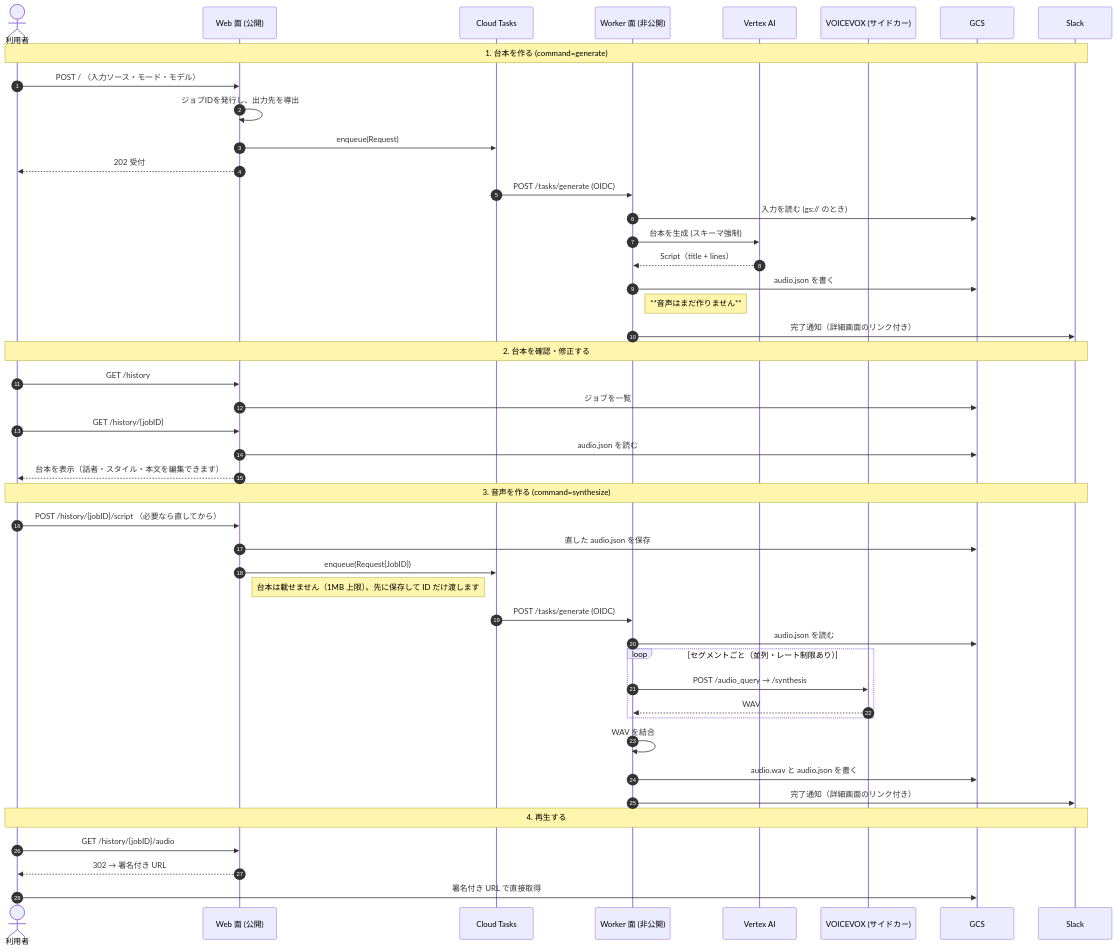
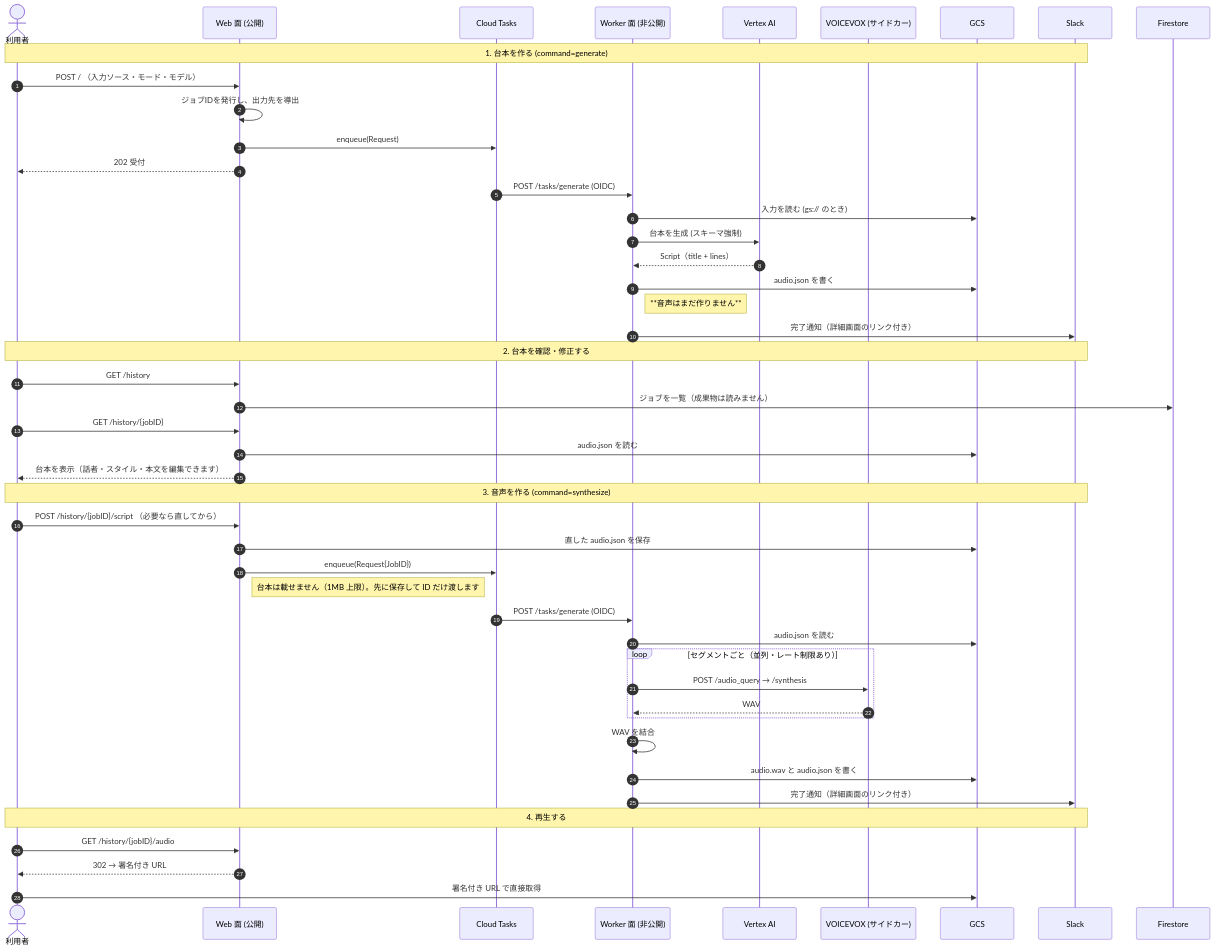
One commit to shouni/ap-voice changed the diagram in README.md. Above: the diagram before and after it, drawn with Mermaid. The commit also changed other lines of this file and 9 other files, not shown here.

````diff
--- a/README.md
+++ b/README.md
@@ -183,52 +183,52 @@
 ```mermaid
 sequenceDiagram
     autonumber
     actor User as 利用者
     participant Web as Web 面 (公開)
     participant Tasks as Cloud Tasks
     participant Worker as Worker 面 (非公開)
     participant Gemini as Vertex AI
     participant Engine as VOICEVOX (サイドカー)
     participant Store as GCS
     participant Slack as Slack
 
     Note over User, Slack: 1. 台本を作る (command=generate)
     User->>Web: POST / （入力ソース・モード・モデル）
     Web->>Web: ジョブIDを発行し、出力先を導出
     Web->>Tasks: enqueue(Request)
     Web-->>User: 202 受付
     Tasks->>Worker: POST /tasks/generate (OIDC)
     Worker->>Store: 入力を読む (gs:// のとき)
     Worker->>Gemini: 台本を生成 (スキーマ強制)
     Gemini-->>Worker: Script（title + lines）
     Worker->>Store: audio.json を書く
     Note right of Worker: **音声はまだ作りません**
     Worker->>Slack: 完了通知（詳細画面のリンク付き）
 
     Note over User, Slack: 2. 台本を確認・修正する
     User->>Web: GET /history
-    Web->>Store: ジョブを一覧
+    Web->>Firestore: ジョブを一覧（成果物は読みません）
     User->>Web: GET /history/{jobID}
     Web->>Store: audio.json を読む
     Web-->>User: 台本を表示（話者・スタイル・本文を編集できます）
 
     Note over User, Slack: 3. 音声を作る (command=synthesize)
     User->>Web: POST /history/{jobID}/script （必要なら直してから）
     Web->>Store: 直した audio.json を保存
     Web->>Tasks: enqueue(Request{JobID})
     Note right of Web: 台本は載せません（1MB 上限）。先に保存して ID だけ渡します
     Tasks->>Worker: POST /tasks/generate (OIDC)
     Worker->>Store: audio.json を読む
     loop セグメントごと（並列・レート制限あり）
         Worker->>Engine: POST /audio_query → /synthesis
         Engine-->>Worker: WAV
     end
     Worker->>Worker: WAV を結合
     Worker->>Store: audio.wav と audio.json を書く
     Worker->>Slack: 完了通知（詳細画面のリンク付き）
 
     Note over User, Slack: 4. 再生する
     User->>Web: GET /history/{jobID}/audio
     Web-->>User: 302 → 署名付き URL
     User->>Store: 署名付き URL で直接取得
 ```
````
